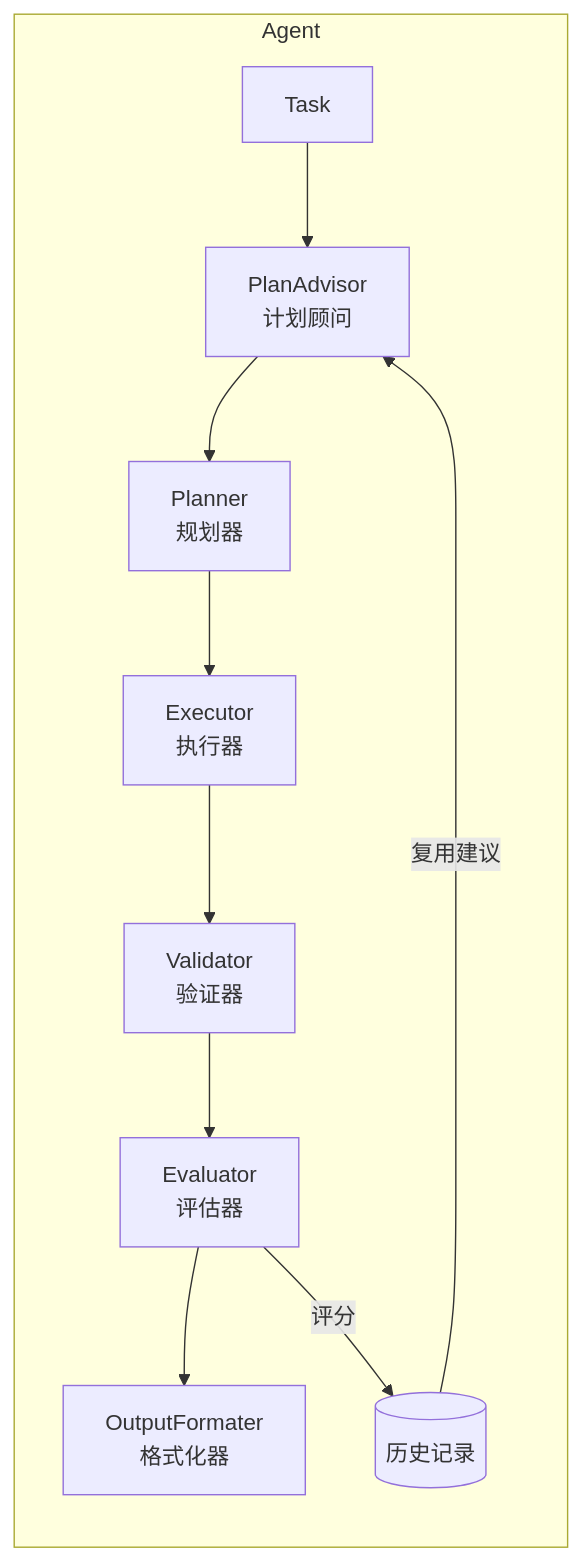
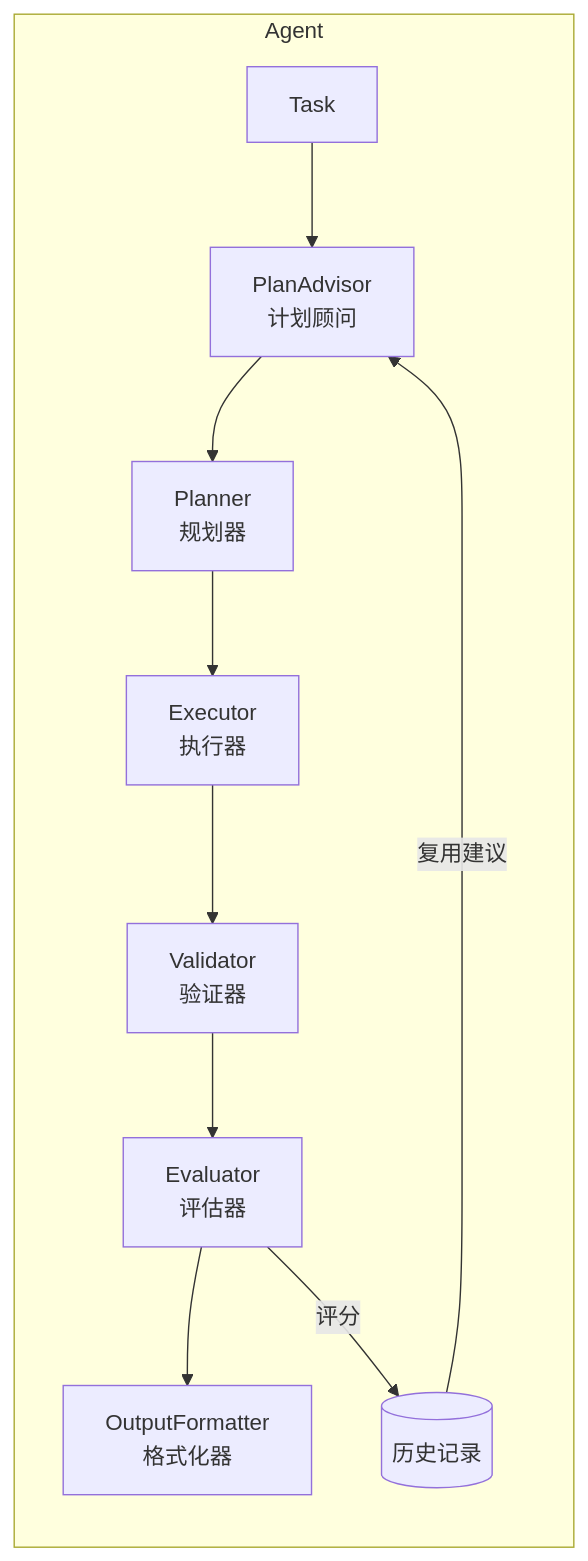
The eighth of 8 diagrams in README_CN.md (KoanJan/coralmind), drawn with Mermaid before and after one commit. The commit also changed other lines of this file and 19 other files, not shown here.

First line of the commit message:
feat: add JSON Schema support and fix naming issues

````diff
--- a/README_CN.md
+++ b/README_CN.md
@@ -416,15 +417,15 @@
 ```mermaid
 flowchart TB
     subgraph Agent
         direction TB
         T[Task] --> PA[PlanAdvisor<br/>计划顾问]
         PA --> PL[Planner<br/>规划器]
         PL --> EX[Executor<br/>执行器]
         EX --> V[Validator<br/>验证器]
         V --> EV[Evaluator<br/>评估器]
-        EV --> OF[OutputFormater<br/>格式化器]
+        EV --> OF[OutputFormatter<br/>格式化器]
         
         EV -->|评分| DB[(历史记录)]
         DB -->|复用建议| PA
     end
 ```
````
